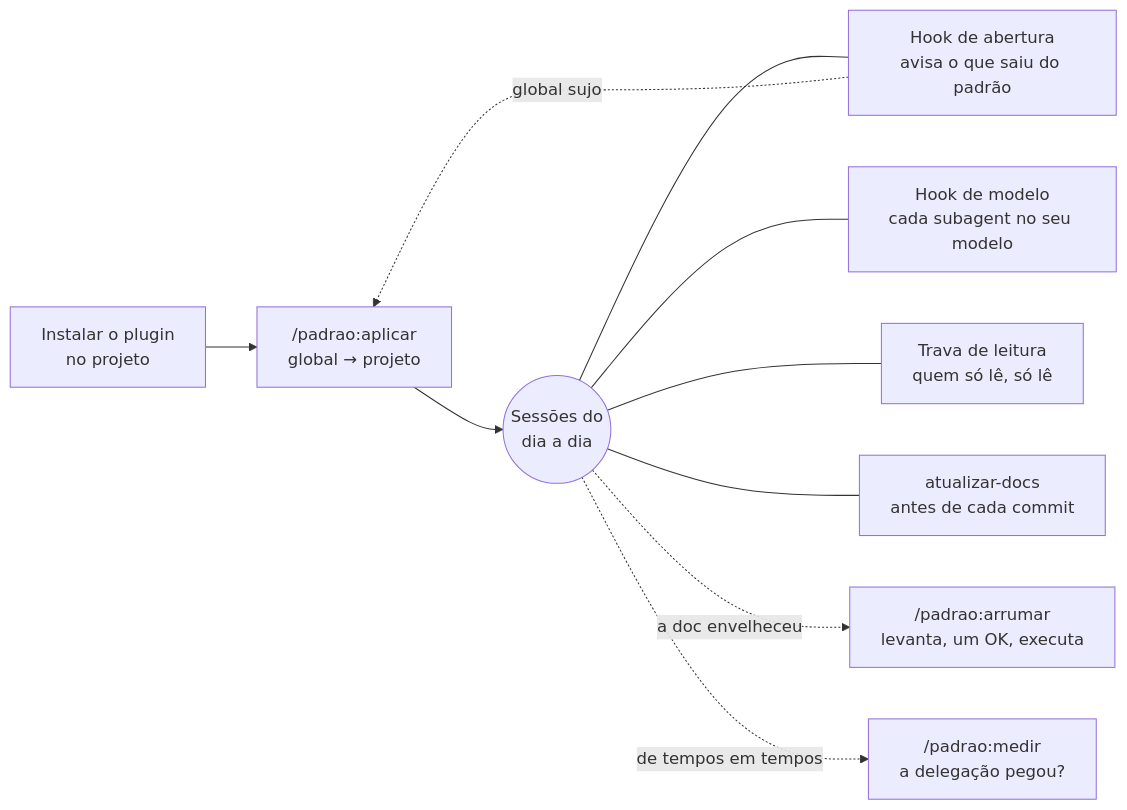
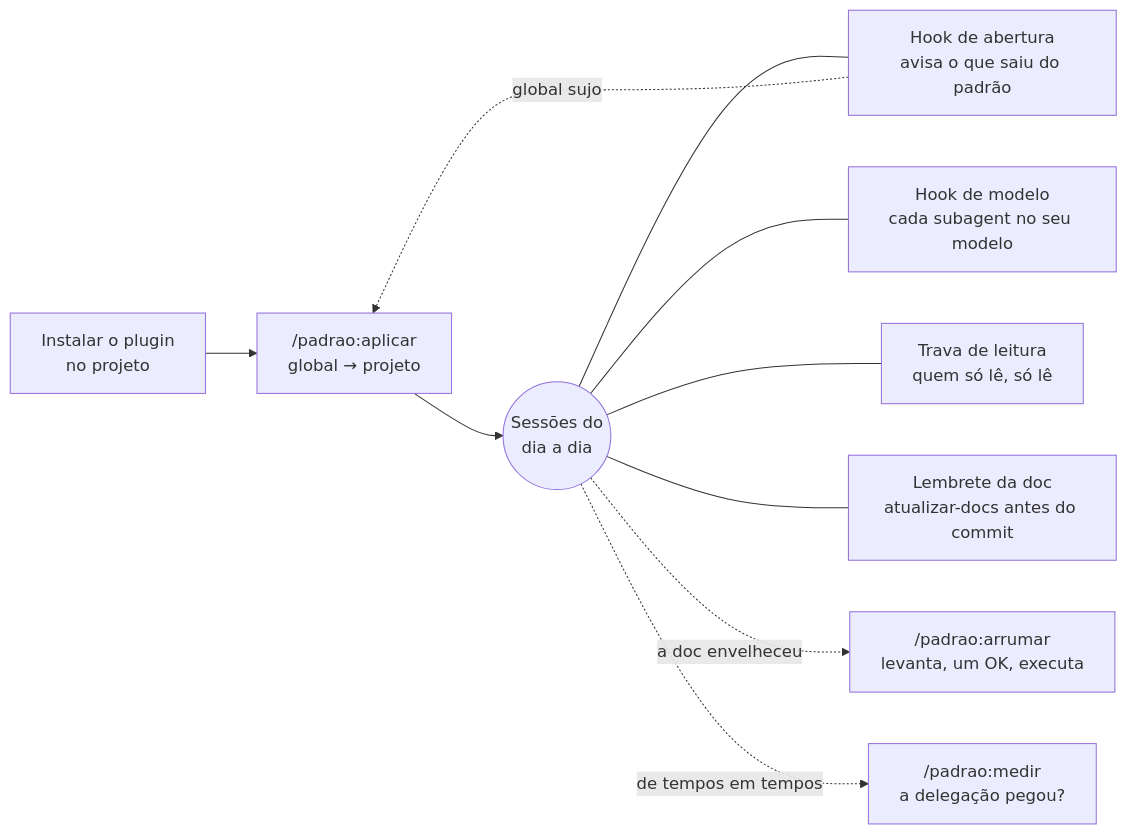
One commit to Kortek-Tecnologia/claude-padrao changed the first of 5 diagrams in README.md. Above: the diagram before and after it, drawn with Mermaid. The commit also changed other lines of this file and 13 other files, not shown here.

First line of the commit message:
padrao 2.2.0: lembrete da documentação no commit, por hook

````diff
--- a/README.md
+++ b/README.md
@@ -29,12 +29,12 @@
 ```mermaid
 flowchart LR
   I["Instalar o plugin<br/>no projeto"] --> A["/padrao:aplicar<br/>global → projeto"]
   A --> S(("Sessões do<br/>dia a dia"))
   S --- H1["Hook de abertura<br/>avisa o que saiu do padrão"]
   S --- H2["Hook de modelo<br/>cada subagent no seu modelo"]
   S --- H3["Trava de leitura<br/>quem só lê, só lê"]
-  S --- D["atualizar-docs<br/>antes de cada commit"]
+  S --- D["Lembrete da doc<br/>atualizar-docs antes do commit"]
   S -.->|"a doc envelheceu"| R["/padrao:arrumar<br/>levanta, um OK, executa"]
   S -.->|"de tempos em tempos"| M["/padrao:medir<br/>a delegação pegou?"]
   H1 -.->|"global sujo"| A
 ```
````
